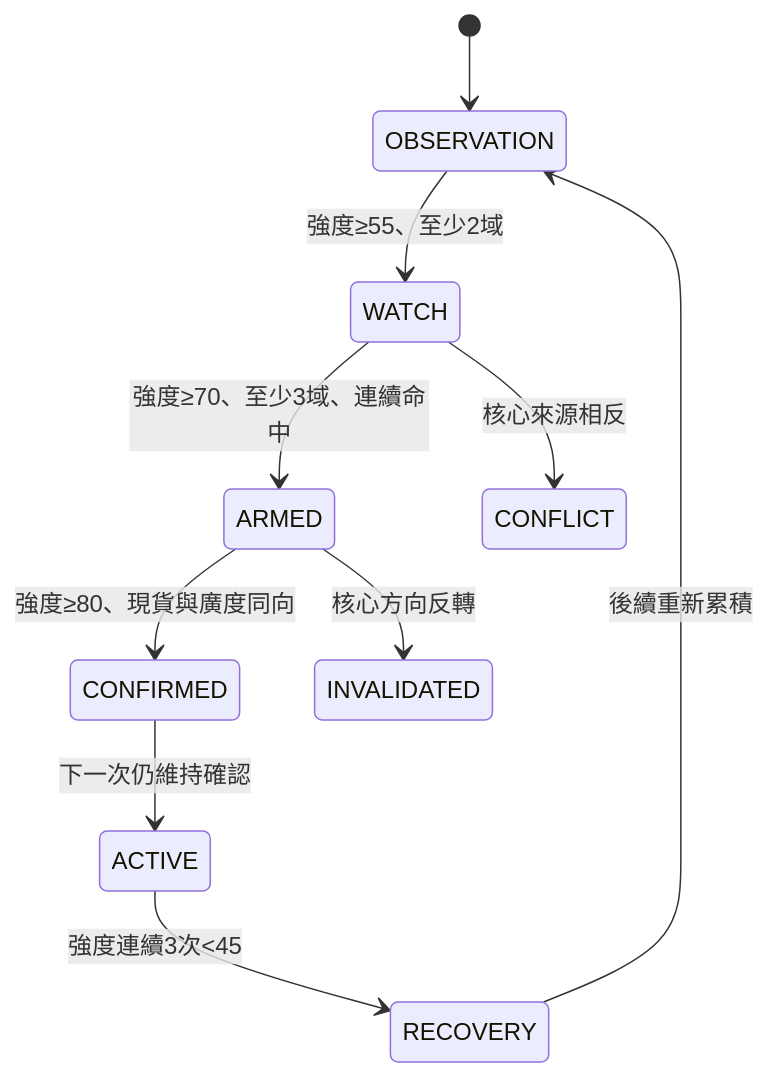
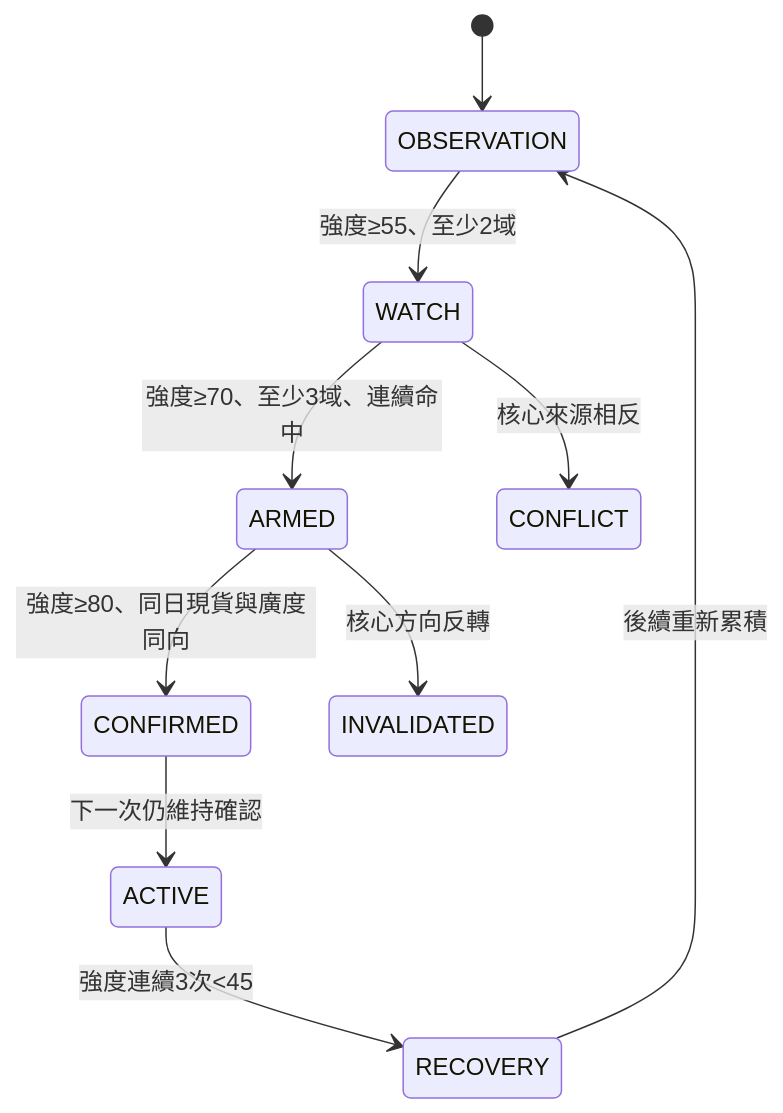
The second of 2 diagrams in docs/MARKET_PRECURSOR_SIGNALS.md (SamHuang68/AI_Stock), drawn with Mermaid before and after one commit. The commit also changed other lines of this file and 17 other files, not shown here.

````diff
--- a/docs/MARKET_PRECURSOR_SIGNALS.md
+++ b/docs/MARKET_PRECURSOR_SIGNALS.md
@@ -71,12 +71,12 @@
 ```mermaid
 stateDiagram-v2
   [*] --> OBSERVATION
   OBSERVATION --> WATCH: 強度≥55、至少2域
   WATCH --> ARMED: 強度≥70、至少3域、連續命中
-  ARMED --> CONFIRMED: 強度≥80、現貨與廣度同向
+  ARMED --> CONFIRMED: 強度≥80、同日現貨與廣度同向
   CONFIRMED --> ACTIVE: 下一次仍維持確認
   WATCH --> CONFLICT: 核心來源相反
   ARMED --> INVALIDATED: 核心方向反轉
   ACTIVE --> RECOVERY: 強度連續3次<45
   RECOVERY --> OBSERVATION: 後續重新累積
 ```
````
